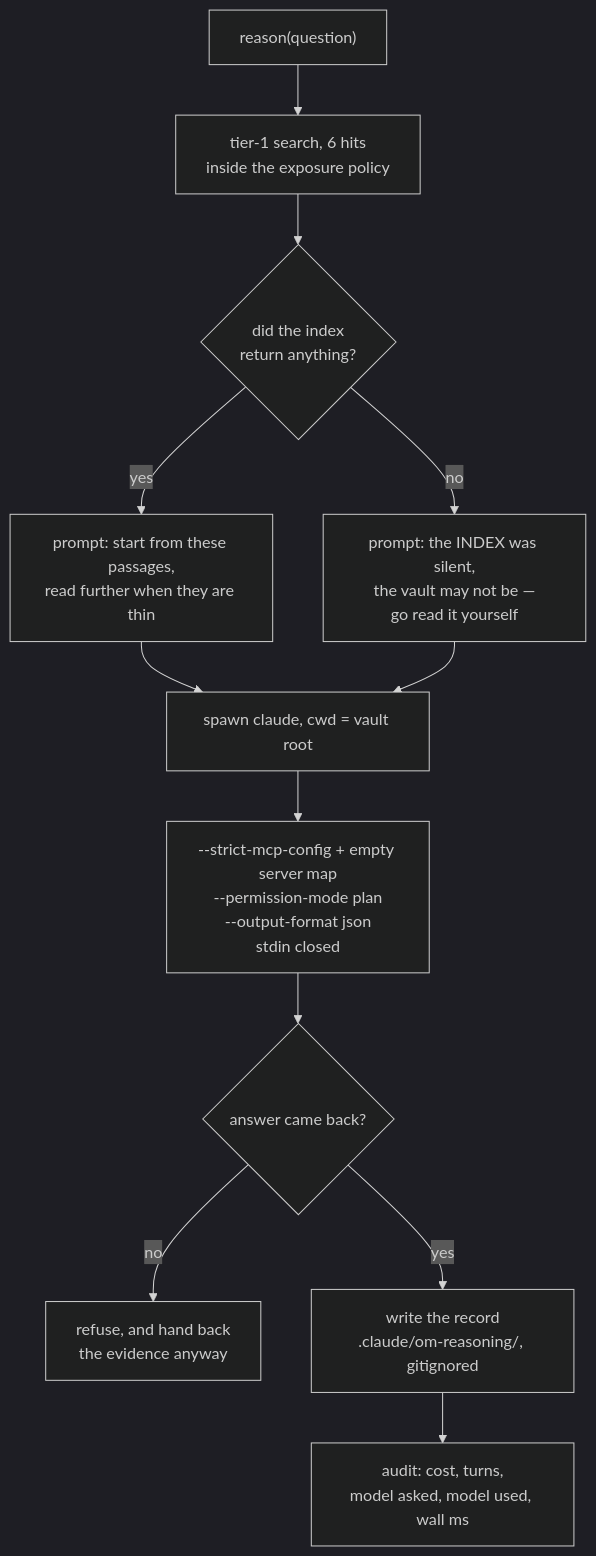
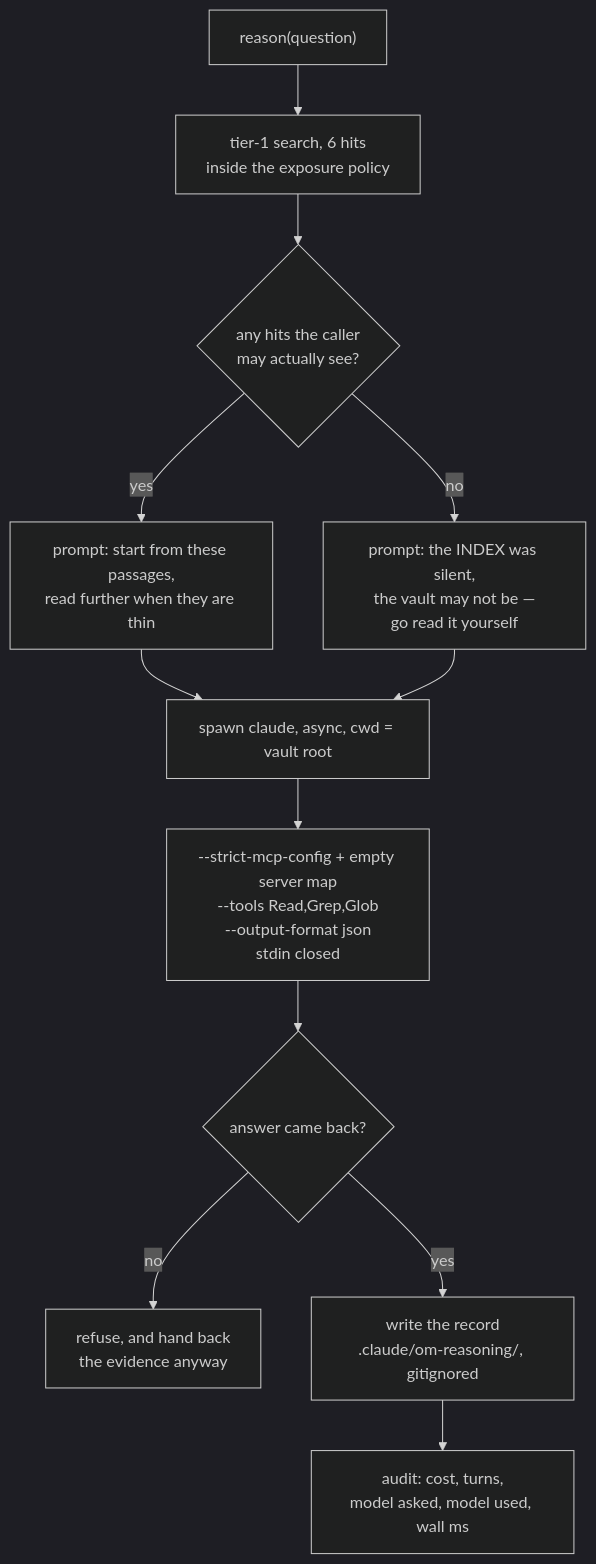
Diagram 18 of 21 in ARCHITECTURE.md (breferrari/obsidian-mind), drawn with Mermaid (dark theme) before and after one commit. The commit also changed other lines of this file and 7 other files, not shown here.

````diff
--- a/ARCHITECTURE.md
+++ b/ARCHITECTURE.md
@@ -708,14 +708,14 @@
 ```mermaid
 flowchart TB
     Q["reason(question)"] --> Seed["tier-1 search, 6 hits<br/>inside the exposure policy"]
-    Seed --> HasEv{"did the index<br/>return anything?"}
+    Seed --> HasEv{"any hits the caller<br/>may actually see?"}
     HasEv -->|yes| P1["prompt: start from these passages,<br/>read further when they are thin"]
     HasEv -->|no| P2["prompt: the INDEX was silent,<br/>the vault may not be —<br/>go read it yourself"]
     P1 --> Spawn
     P2 --> Spawn
-    Spawn["spawn claude, cwd = vault root"] --> Flags["--strict-mcp-config + empty server map<br/>--permission-mode plan<br/>--output-format json<br/>stdin closed"]
+    Spawn["spawn claude, async, cwd = vault root"] --> Flags["--strict-mcp-config + empty server map<br/>--tools Read,Grep,Glob<br/>--output-format json<br/>stdin closed"]
     Flags --> Run{"answer came back?"}
     Run -->|no| Ref["refuse, and hand back<br/>the evidence anyway"]
     Run -->|yes| Rec["write the record<br/>.claude/om-reasoning/, gitignored"]
     Rec --> Log["audit: cost, turns,<br/>model asked, model used, wall ms"]
 ```
````
